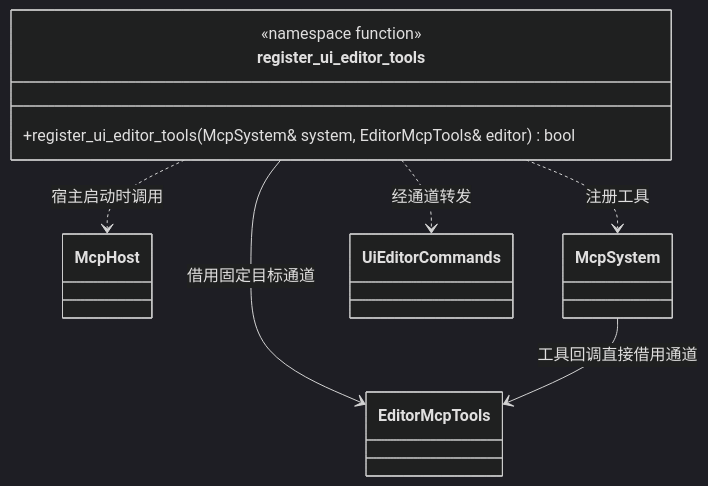
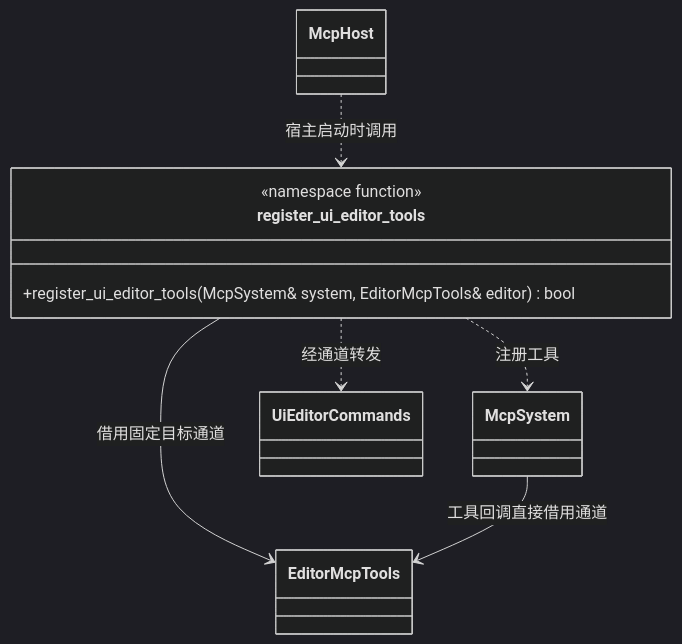
One commit to lcals/Engine changed the third of 7 diagrams in docs/plugins/editor/class-diagrams/ui-editor.md. Above: the diagram before and after it, drawn with Mermaid (dark theme). The commit also changed other lines of this file and 222 other files, not shown here.

Commit message:
Consolidate editor asset imports and align architecture documentation

````diff
--- a/docs/plugins/editor/class-diagrams/ui-editor.md
+++ b/docs/plugins/editor/class-diagrams/ui-editor.md
@@ -63,16 +63,16 @@
 ```mermaid
 classDiagram
     class register_ui_editor_tools {
         <<namespace function>>
         +register_ui_editor_tools(McpSystem& system, EditorMcpTools& editor) bool
     }
     class McpHost
     class EditorMcpTools
     class McpSystem
     class UiEditorCommands
-    register_ui_editor_tools ..> McpHost : 宿主启动时调用
+    McpHost ..> register_ui_editor_tools : 宿主启动时调用
     register_ui_editor_tools --> EditorMcpTools : 借用固定目标通道
     register_ui_editor_tools ..> McpSystem : 注册工具
     McpSystem --> EditorMcpTools : 工具回调直接借用通道
     register_ui_editor_tools ..> UiEditorCommands : 经通道转发
 ```
````
